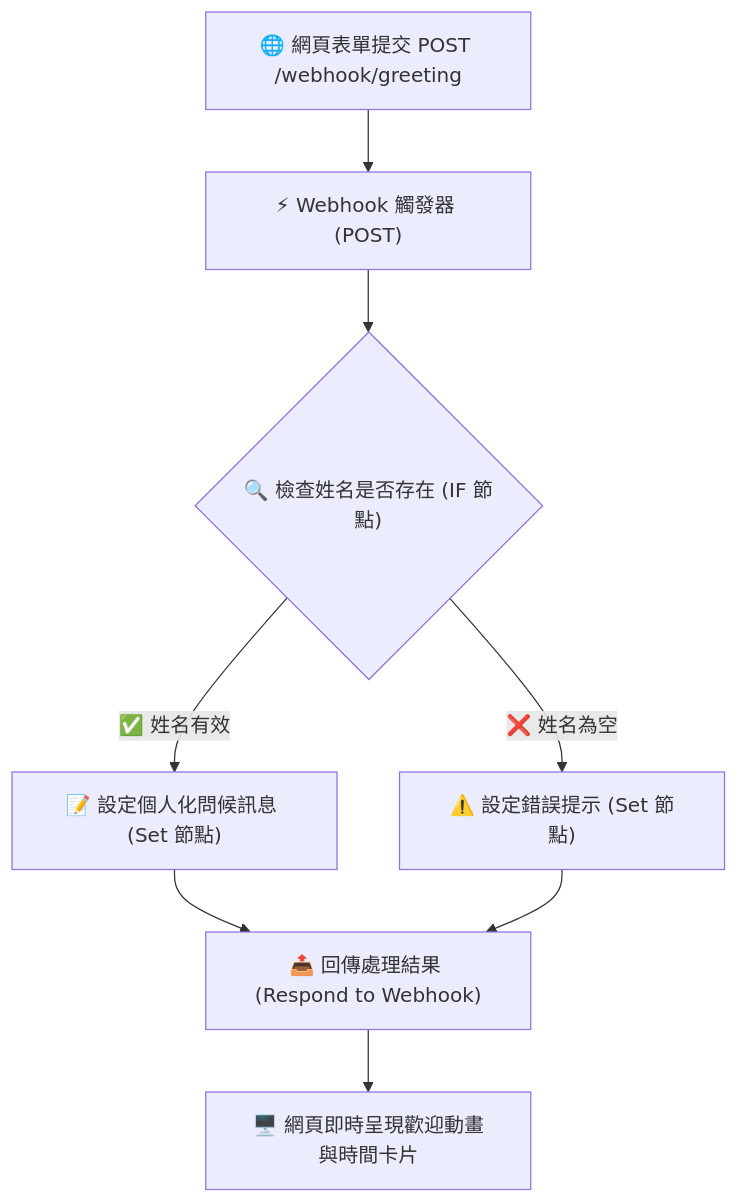
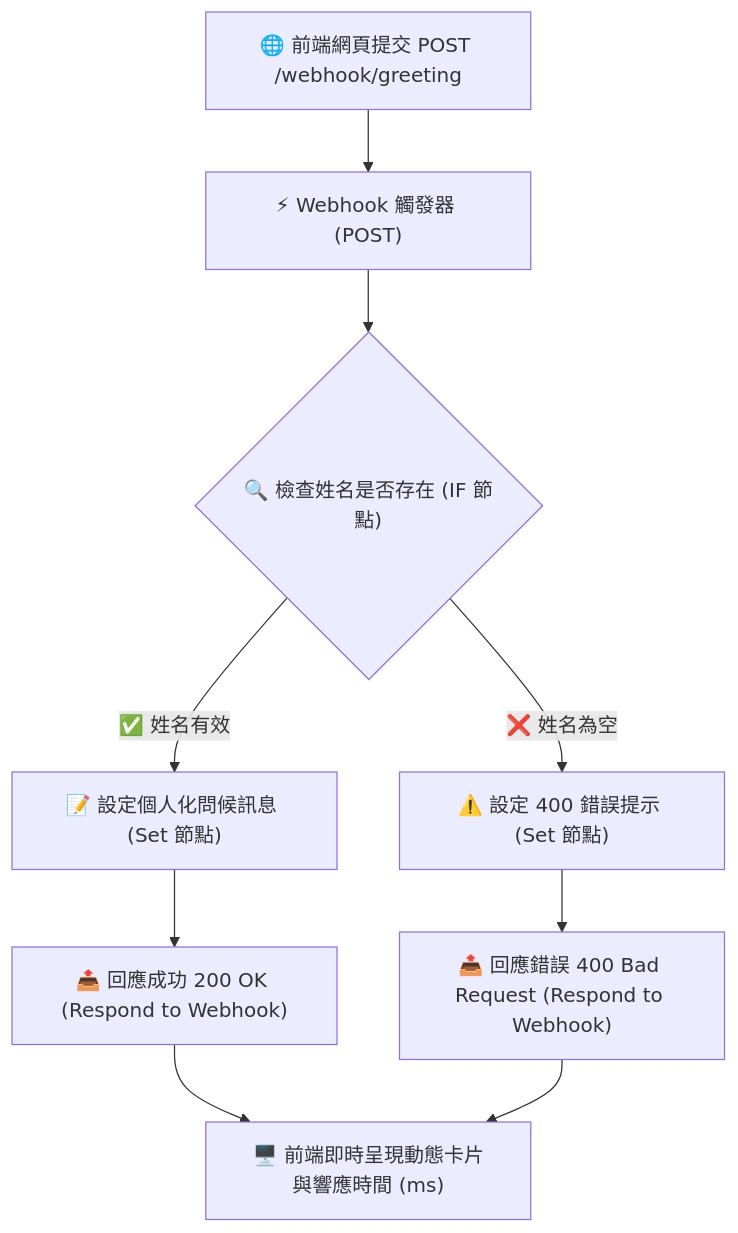
Before and after one commit to roberthsu2003/n8n: the diagram in webhook實作/自動化問候系統/README.md, drawn with Mermaid. The commit also changed other lines of this file and 8 other files, not shown here.

````diff
--- a/webhook實作/自動化問候系統/README.md
+++ b/webhook實作/自動化問候系統/README.md
@@ -12,10 +12,11 @@
 ```mermaid
 flowchart TD
-    A["🌐 網頁表單提交 POST /webhook/greeting"] --> B["⚡ Webhook 觸發器 (POST)"]
+    A["🌐 前端網頁提交 POST /webhook/greeting"] --> B["⚡ Webhook 觸發器 (POST)"]
     B --> C{"🔍 檢查姓名是否存在 (IF 節點)"}
     C -->|"✅ 姓名有效"| D1["📝 設定個人化問候訊息 (Set 節點)"]
-    C -->|"❌ 姓名為空"| D2["⚠️ 設定錯誤提示 (Set 節點)"]
-    D1 --> E["📤 回傳處理結果 (Respond to Webhook)"]
-    D2 --> E
-    E --> F["🖥️ 網頁即時呈現歡迎動畫與時間卡片"]
+    C -->|"❌ 姓名為空"| D2["⚠️ 設定 400 錯誤提示 (Set 節點)"]
+    D1 --> E1["📤 回應成功 200 OK (Respond to Webhook)"]
+    D2 --> E2["📤 回應錯誤 400 Bad Request (Respond to Webhook)"]
+    E1 --> F["🖥️ 前端即時呈現動態卡片與響應時間 (ms)"]
+    E2 --> F
 ```
````
